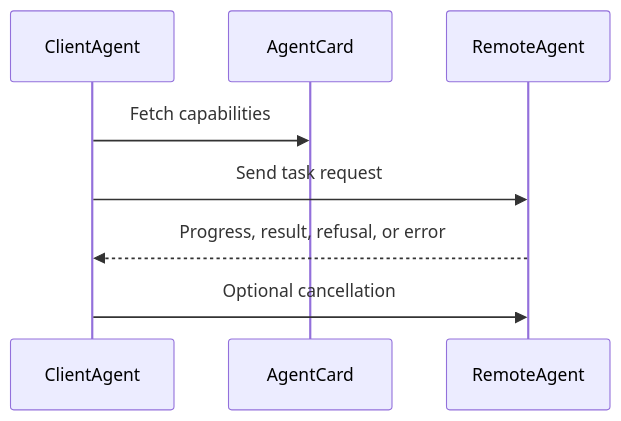
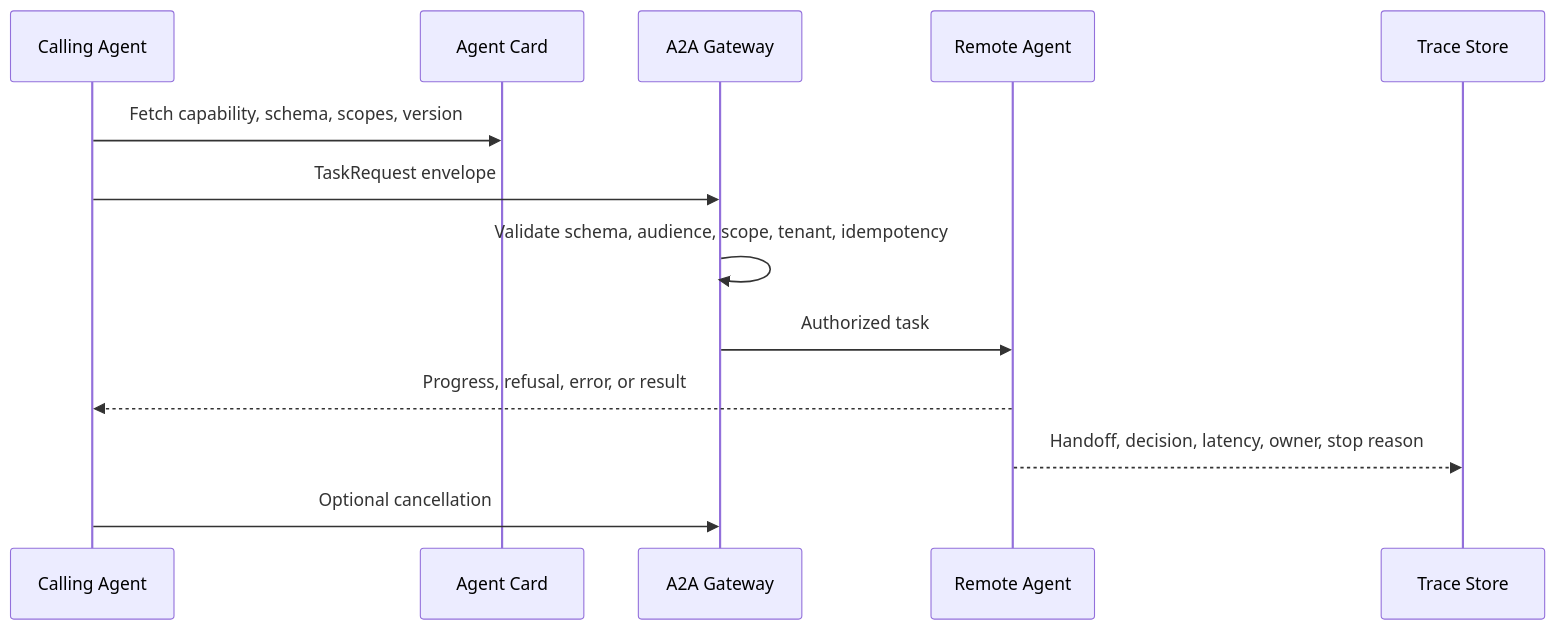
Before and after one commit to GTuritto/Agentic-Systems-Patterns: the diagram in agent-to-agent-communication-pattern/README.md, drawn with Mermaid. The commit also changed other lines of this file and 4 other files, not shown here.

````diff
--- a/agent-to-agent-communication-pattern/README.md
+++ b/agent-to-agent-communication-pattern/README.md
@@ -27,10 +47,15 @@
 ```mermaid
 sequenceDiagram
-  participant ClientAgent
-  participant AgentCard
-  participant RemoteAgent
-  ClientAgent->>AgentCard: Fetch capabilities
-  ClientAgent->>RemoteAgent: Send task request
-  RemoteAgent-->>ClientAgent: Progress, result, refusal, or error
-  ClientAgent->>RemoteAgent: Optional cancellation
+  participant Caller as Calling Agent
+  participant Card as Agent Card
+  participant Gateway as A2A Gateway
+  participant Remote as Remote Agent
+  participant Trace as Trace Store
+  Caller->>Card: Fetch capability, schema, scopes, version
+  Caller->>Gateway: TaskRequest envelope
+  Gateway->>Gateway: Validate schema, audience, scope, tenant, idempotency
+  Gateway->>Remote: Authorized task
+  Remote-->>Caller: Progress, refusal, error, or result
+  Remote-->>Trace: Handoff, decision, latency, owner, stop reason
+  Caller->>Gateway: Optional cancellation
 ```
````
